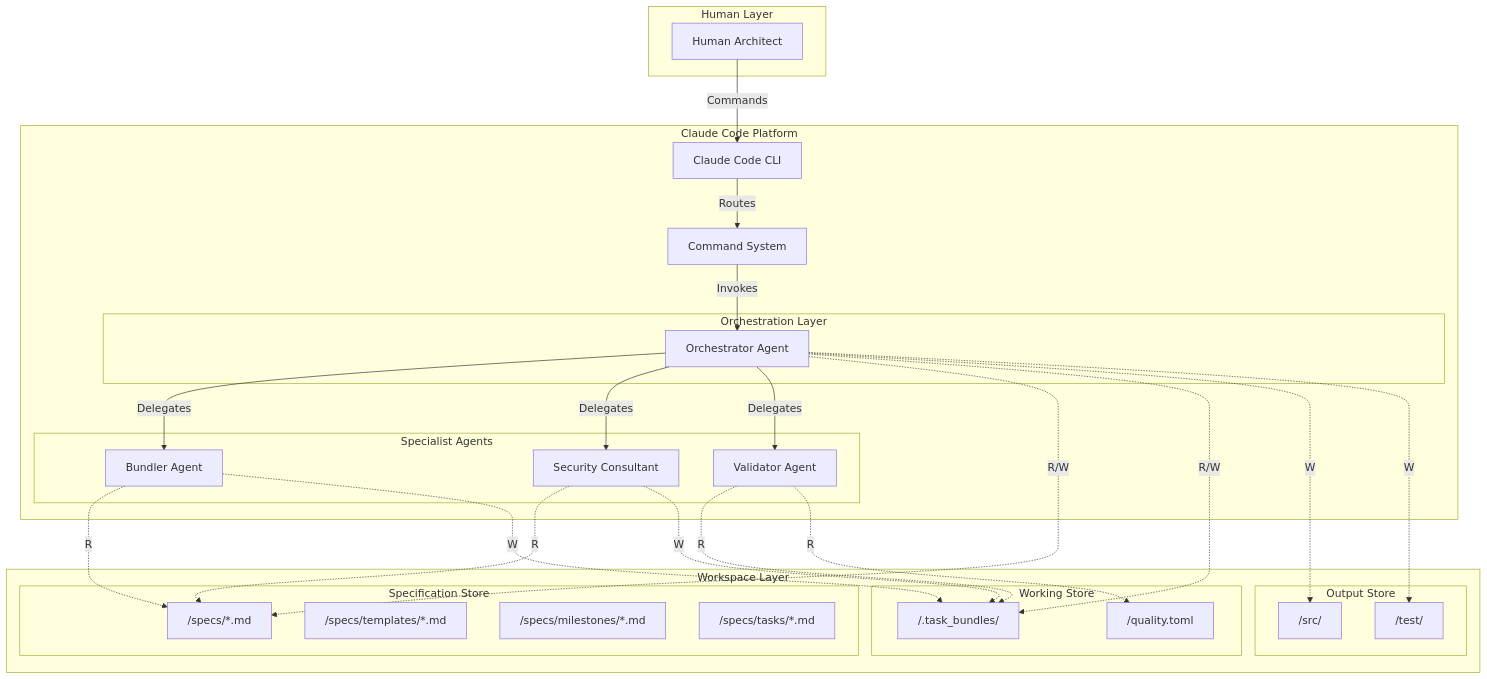
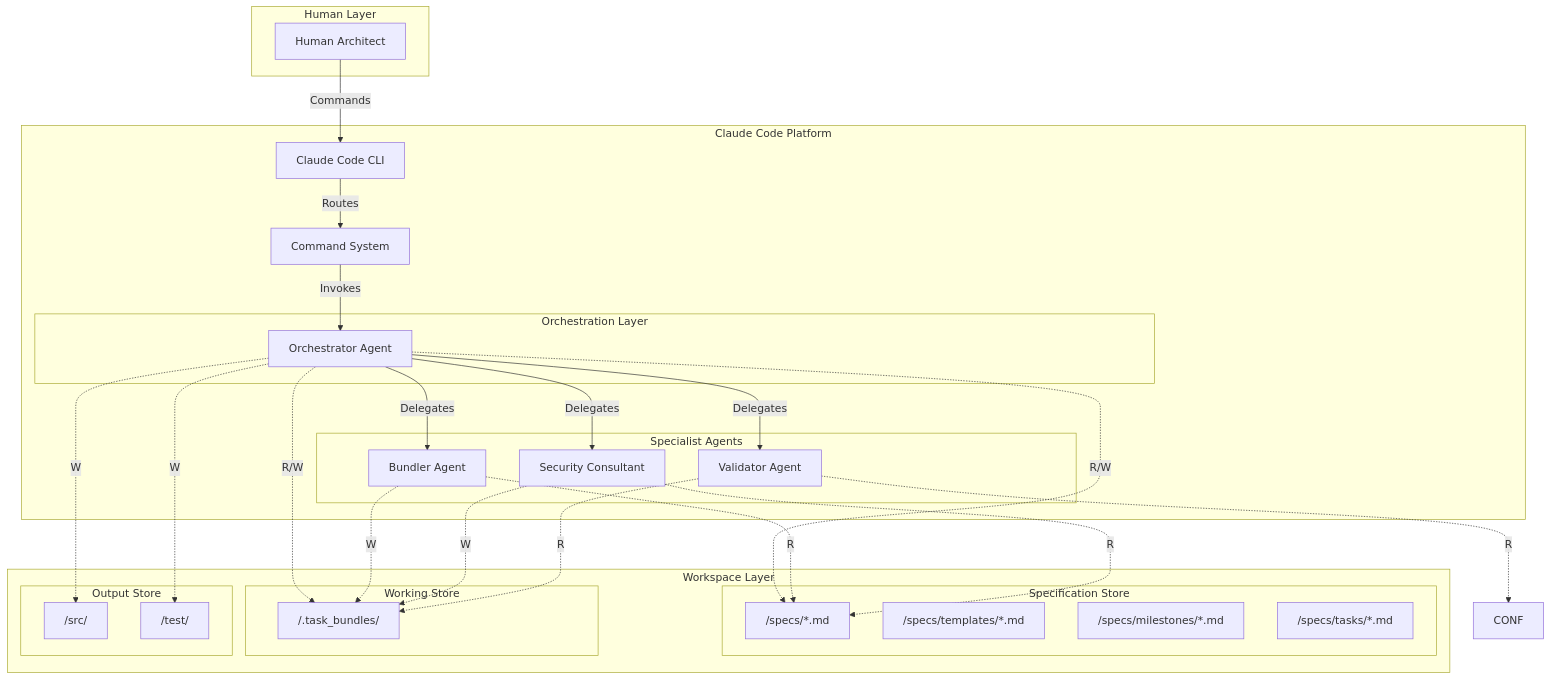
The first of 3 diagrams in project_sdd_on_claude/2_Architecture.md (kpiteira/spec-driven-development), drawn with Mermaid before and after one commit. The commit also changed other lines of this file and 4 other files, not shown here.

First line of the commit message:
Remove legacy quality.toml system in favor of architecture-based tooling

````diff
--- a/project_sdd_on_claude/2_Architecture.md
+++ b/project_sdd_on_claude/2_Architecture.md
@@ -29,59 +29,58 @@
 ```mermaid
 graph TB
     subgraph "Human Layer"
         H[Human Architect]
     end
 
     subgraph "Claude Code Platform"
         CLI[Claude Code CLI]
         CMD[Command System]
         
         subgraph "Orchestration Layer"
             ORCH[Orchestrator Agent]
         end
         
         subgraph "Specialist Agents"
             BUNDLE[Bundler Agent]
             SEC[Security Consultant]
             VALID[Validator Agent]
         end
     end
 
     subgraph "Workspace Layer"
         subgraph "Specification Store"
             SPECS["/specs/*.md"]
             TMPL["/specs/templates/*.md"]
             MILE["/specs/milestones/*.md"]
             TASK["/specs/tasks/*.md"]
         end
         
         subgraph "Working Store"
             WORK["/.task_bundles/"]
-            CONF["/quality.toml"]
         end
         
         subgraph "Output Store"
             SRC["/src/"]
             TEST["/test/"]
         end
     end
 
     H -->|"Commands"| CLI
     CLI -->|"Routes"| CMD
     CMD -->|"Invokes"| ORCH
     ORCH -->|"Delegates"| BUNDLE
     ORCH -->|"Delegates"| SEC
     ORCH -->|"Delegates"| VALID
     
     ORCH -.->|"R/W"| SPECS
     ORCH -.->|"R/W"| WORK
     BUNDLE -.->|"R"| SPECS
     BUNDLE -.->|"W"| WORK
     SEC -.->|"R"| SPECS
     SEC -.->|"W"| WORK
     VALID -.->|"R"| WORK
     VALID -.->|"R"| CONF
     
     ORCH -.->|"W"| SRC
     ORCH -.->|"W"| TEST
 ```
````
